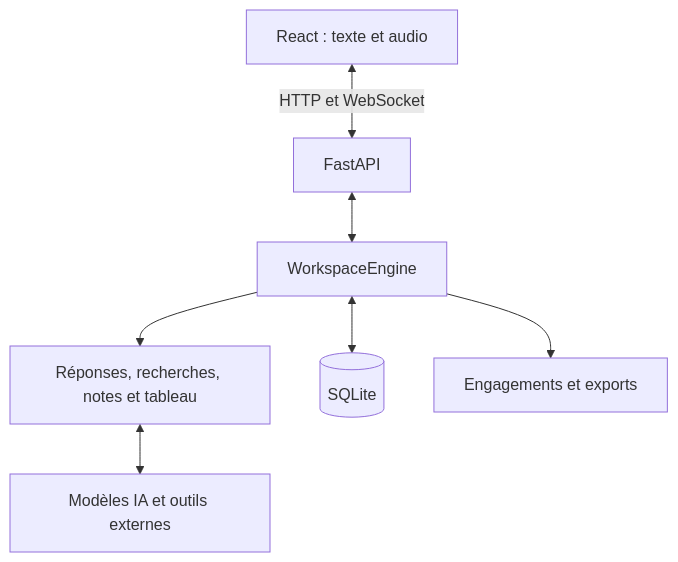
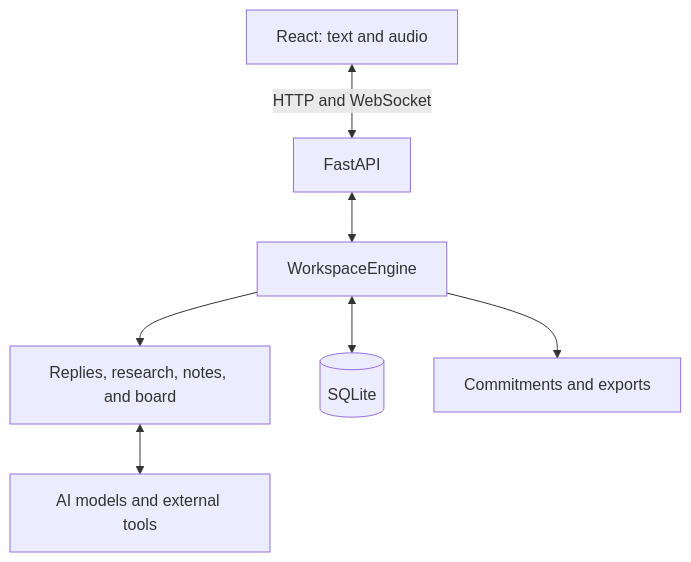
The diagram in ARCHITECTURE.md (Dior278/quorumy), drawn with Mermaid before and after one commit. The commit also changed other lines of this file and 52 other files, not shown here.

````diff
--- a/ARCHITECTURE.md
+++ b/ARCHITECTURE.md
@@ -5,9 +5,9 @@
 ```mermaid
 flowchart TD
-  UI[React : texte et audio] <-->|HTTP et WebSocket| API[FastAPI]
+  UI[React: text and audio] <-->|HTTP and WebSocket| API[FastAPI]
   API <--> Engine[WorkspaceEngine]
-  Engine --> Agents[Réponses, recherches, notes et tableau]
-  Agents <--> Services[Modèles IA et outils externes]
+  Engine --> Agents[Replies, research, notes, and board]
+  Agents <--> Services[AI models and external tools]
   Engine <--> DB[(SQLite)]
-  Engine --> Actions[Engagements et exports]
+  Engine --> Actions[Commitments and exports]
 ```
````
